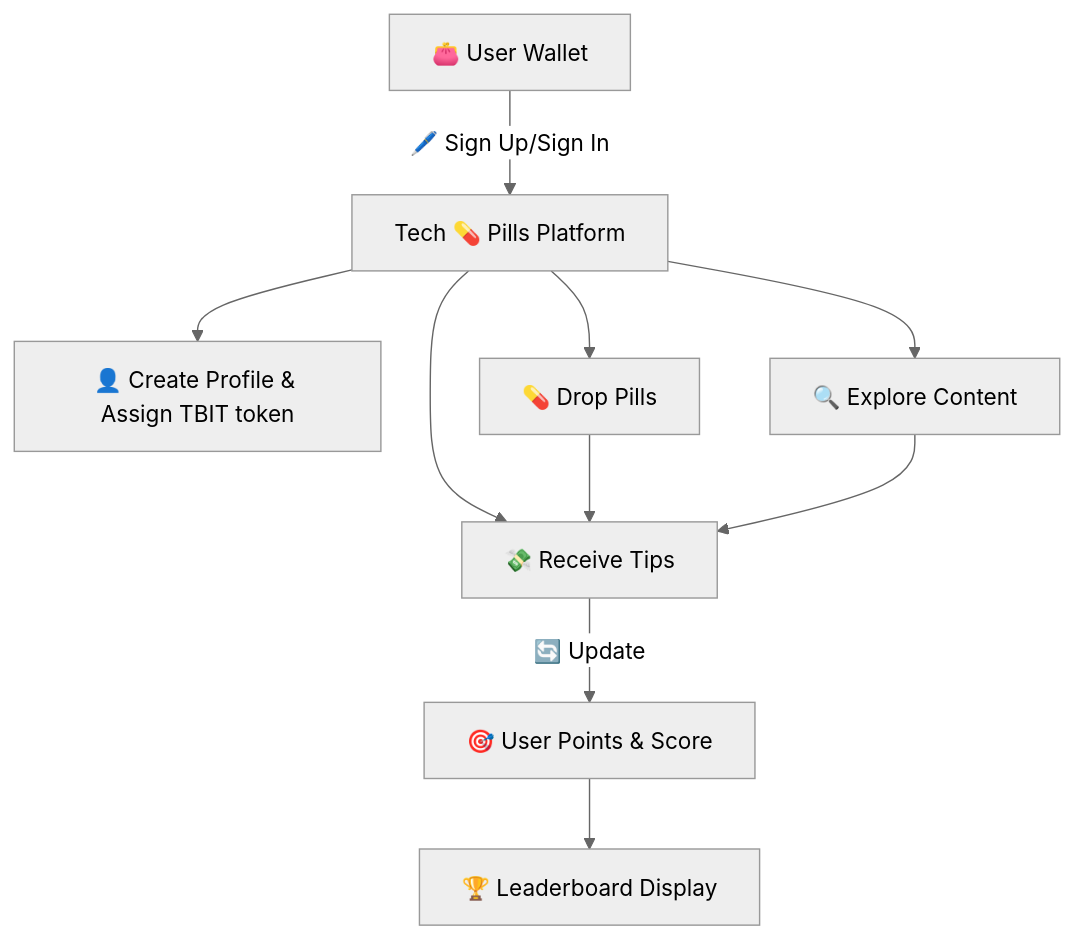
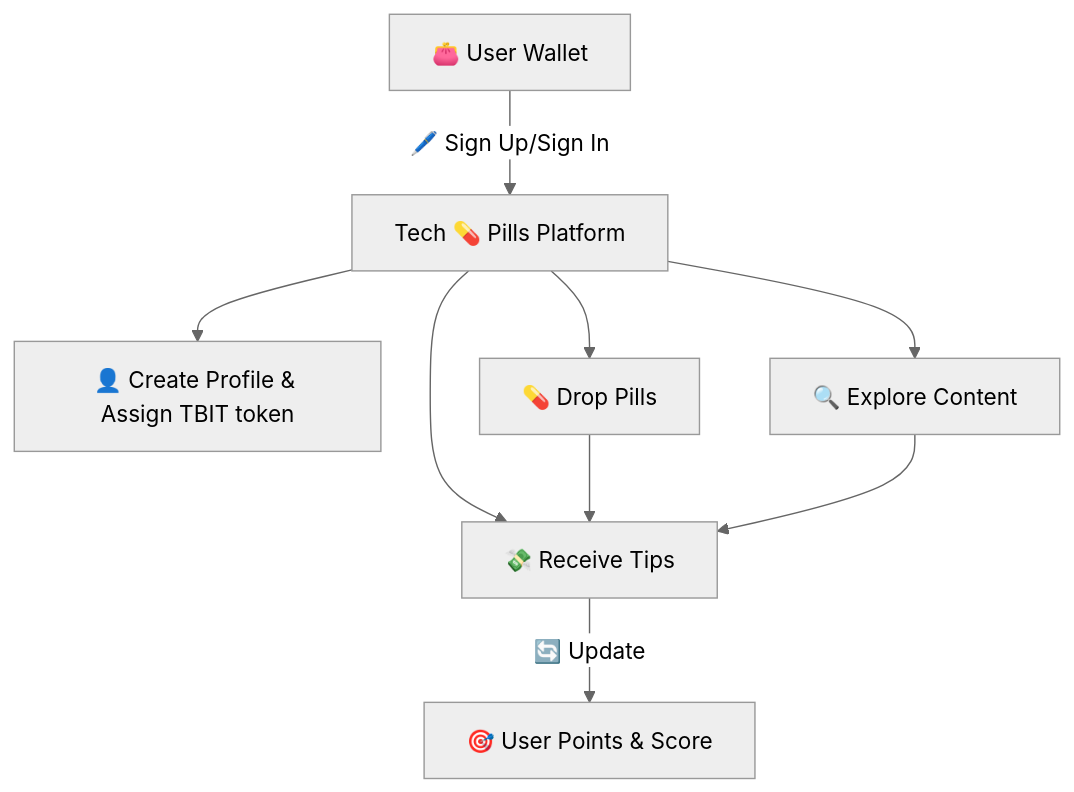
One commit to padimaster/holiday-hackathon changed the first of 2 diagrams in SUBMISSION.md. Above: the diagram before and after it, drawn with Mermaid (neutral theme). The commit also changed other lines of this file, not shown here.

````diff
--- a/SUBMISSION.md
+++ b/SUBMISSION.md
@@ -38,12 +37,11 @@
 ```mermaid
 graph TD
     A[👛 User Wallet] -->|🖊️ Sign Up/Sign In| B[Tech 💊 Pills Platform]
     B --> C[👤 Create Profile & Assign TBIT token]
     B --> D[🔍 Explore Content]
     B --> E[💊 Drop Pills]
     B --> F[💸 Receive Tips]
     F -->|🔄 Update| G[🎯 User Points & Score]
-    G --> H[🏆 Leaderboard Display]
     E --> F
     D --> F
 ```
````
